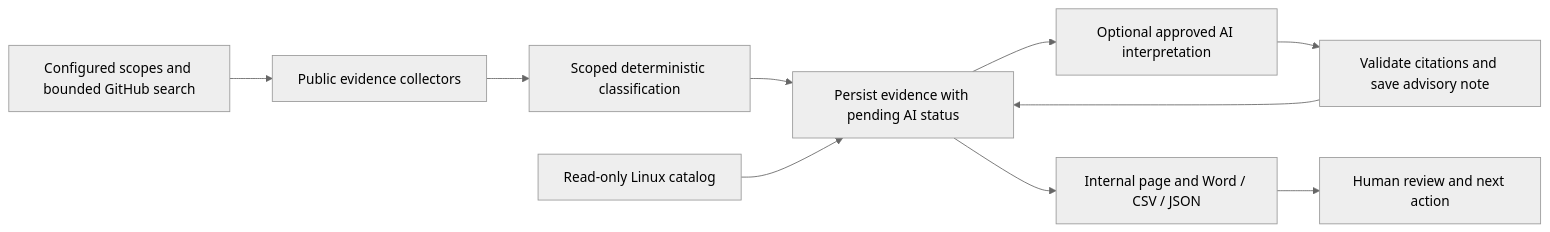
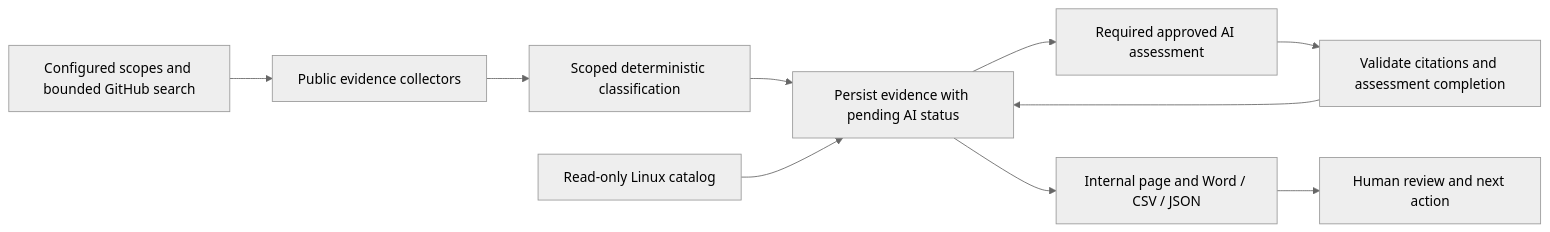
The diagram in poc/discovery/README.md (ArmDeveloperEcosystem/ecosystem-dashboard-for-arm), drawn with Mermaid (neutral theme) before and after one commit. The commit also changed other lines of this file and 28 other files, not shown here.

````diff
--- a/poc/discovery/README.md
+++ b/poc/discovery/README.md
@@ -63,12 +65,12 @@
 ```mermaid
 flowchart LR
     A[Configured scopes and bounded GitHub search] --> B[Public evidence collectors]
     B --> C[Scoped deterministic classification]
     C --> F[Persist evidence with pending AI status]
-    F --> D[Optional approved AI interpretation]
-    D --> E[Validate citations and save advisory note]
+    F --> D[Required approved AI assessment]
+    D --> E[Validate citations and assessment completion]
     E --> F
     G[Read-only Linux catalog] --> F
     F --> H[Internal page and Word / CSV / JSON]
     H --> I[Human review and next action]
 ```
````
